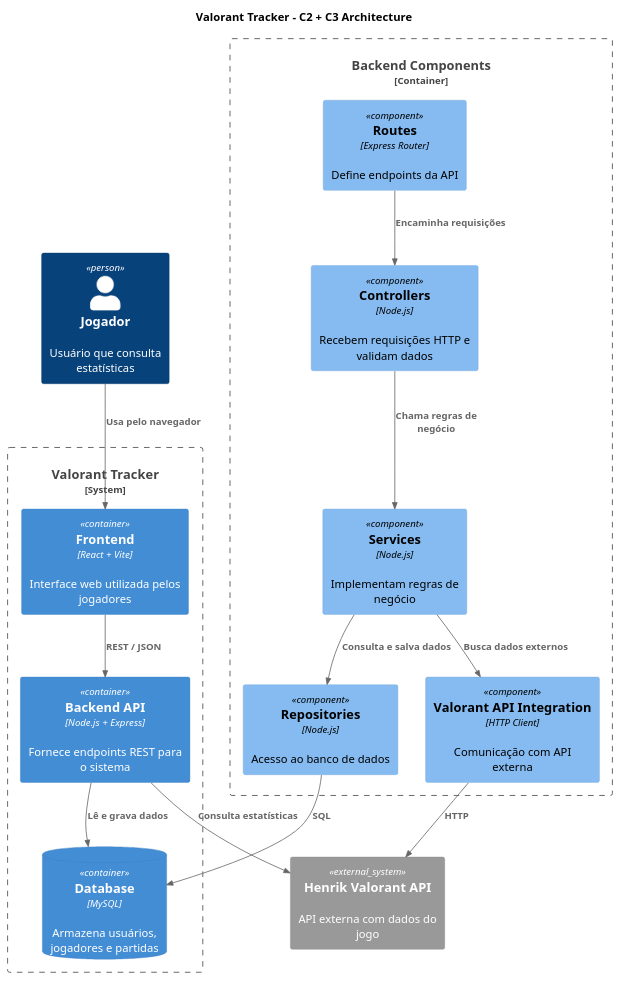
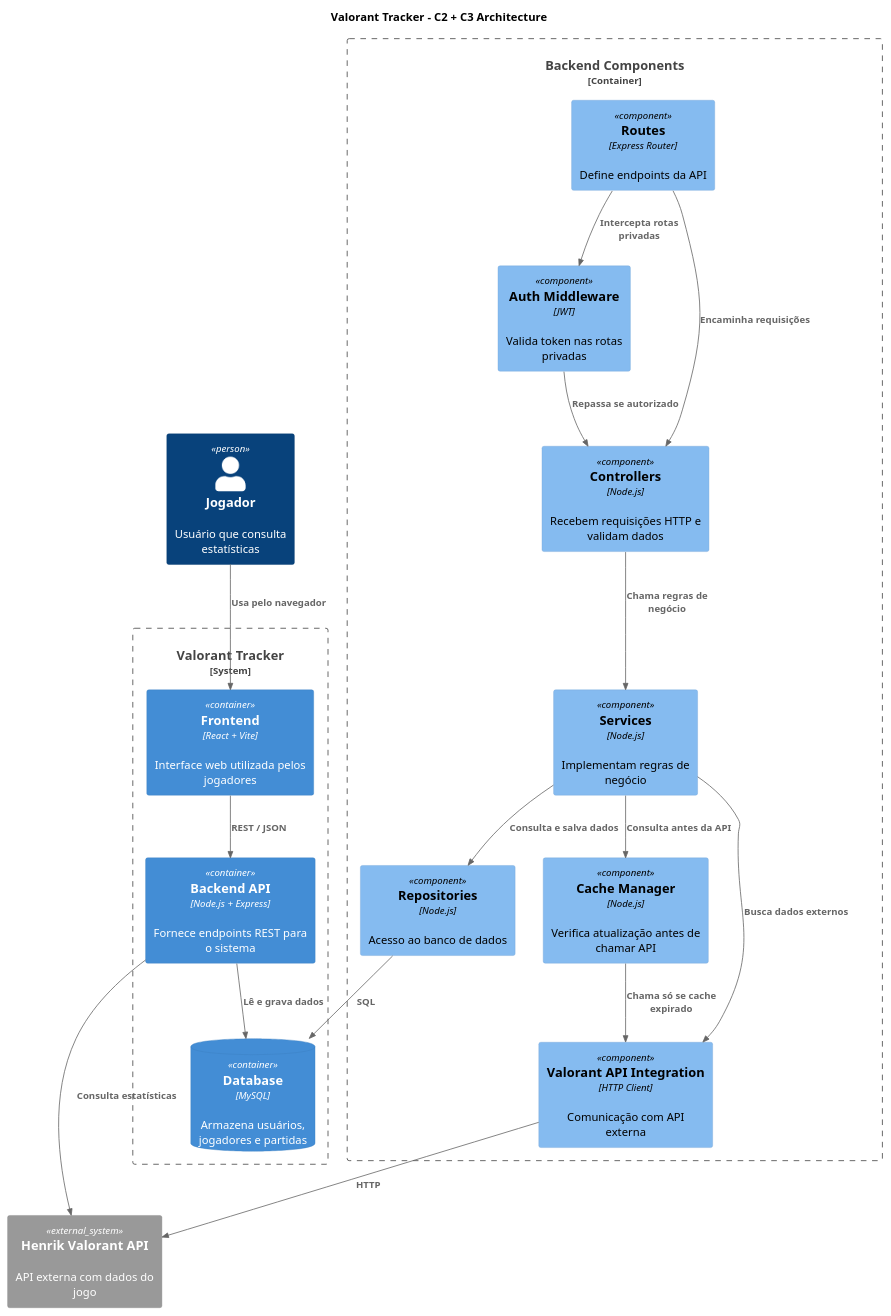
Before and after one commit to adrianrothh/Tracker-Game: the diagram in Docs/modeloc4.puml, drawn with PlantUML.

Commit message:
Update modeloc4.puml
 auth middleware e cache manager adicionado

```diff
--- a/Docs/modeloc4.puml
+++ b/Docs/modeloc4.puml
@@ -1,62 +1,67 @@
 @startuml
-
 title Valorant Tracker - C2 + C3 Architecture
 
 ' =========================
 ' IMPORT C4 LIBRARY
 ' =========================
 !include https://raw.githubusercontent.com/plantuml-stdlib/C4-PlantUML/master/C4_Container.puml
 !include https://raw.githubusercontent.com/plantuml-stdlib/C4-PlantUML/master/C4_Component.puml
 
 
 ' ==================================================
 ' C2 — CONTAINER DIAGRAM
 ' ==================================================
 
 Person(user, "Jogador", "Usuário que consulta estatísticas")
 
 System_Boundary(valorantSystem, "Valorant Tracker") {
 
 Container(frontend, "Frontend", "React + Vite", "Interface web utilizada pelos jogadores")
 
 Container(api, "Backend API", "Node.js + Express", "Fornece endpoints REST para o sistema")
 
 ContainerDb(db, "Database", "MySQL", "Armazena usuários, jogadores e partidas")
 
 }
 
 System_Ext(valorantAPI, "Henrik Valorant API", "API externa com dados do jogo")
 
 Rel(user, frontend, "Usa pelo navegador")
 Rel(frontend, api, "REST / JSON")
 Rel(api, db, "Lê e grava dados")
 Rel(api, valorantAPI, "Consulta estatísticas")
 
 
 ' ==================================================
 ' C3 — COMPONENT DIAGRAM (Backend)
 ' ==================================================
 
 Container_Boundary(api_components, "Backend Components") {
 
+Component(authMiddleware, "Auth Middleware", "JWT", "Valida token nas rotas privadas")
+Component(cache, "Cache Manager", "Node.js", "Verifica atualização antes de chamar API")
+
 Component(routes, "Routes", "Express Router", "Define endpoints da API")
 
 Component(controllers, "Controllers", "Node.js", "Recebem requisições HTTP e validam dados")
 
 Component(services, "Services", "Node.js", "Implementam regras de negócio")
 
 Component(repositories, "Repositories", "Node.js", "Acesso ao banco de dados")
 
 Component(valorantIntegration, "Valorant API Integration", "HTTP Client", "Comunicação com API externa")
 
 }
 
 Rel(routes, controllers, "Encaminha requisições")
 Rel(controllers, services, "Chama regras de negócio")
 Rel(services, repositories, "Consulta e salva dados")
 Rel(repositories, db, "SQL")
 
 Rel(services, valorantIntegration, "Busca dados externos")
 Rel(valorantIntegration, valorantAPI, "HTTP")
-
+Rel(routes, authMiddleware, "Intercepta rotas privadas")
+Rel(authMiddleware, controllers, "Repassa se autorizado")
+Rel(services, cache, "Consulta antes da API")
+Rel(cache, valorantIntegration, "Chama só se cache expirado")
 @enduml
```
